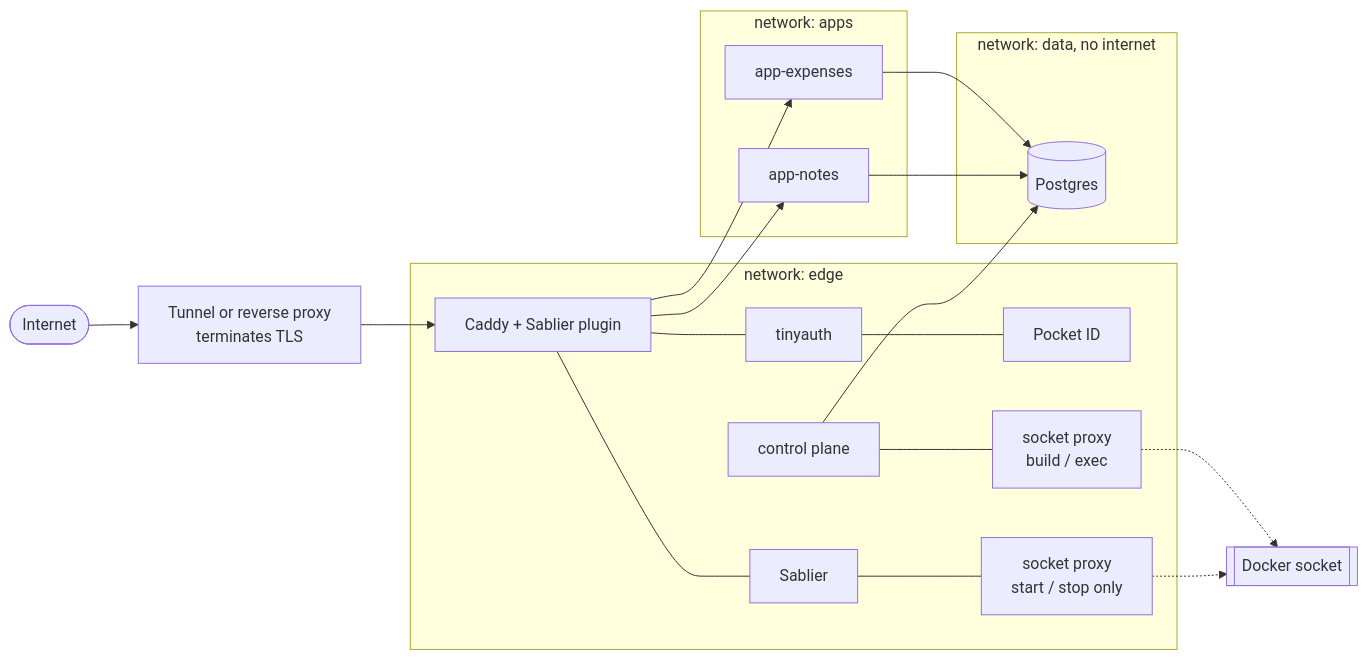
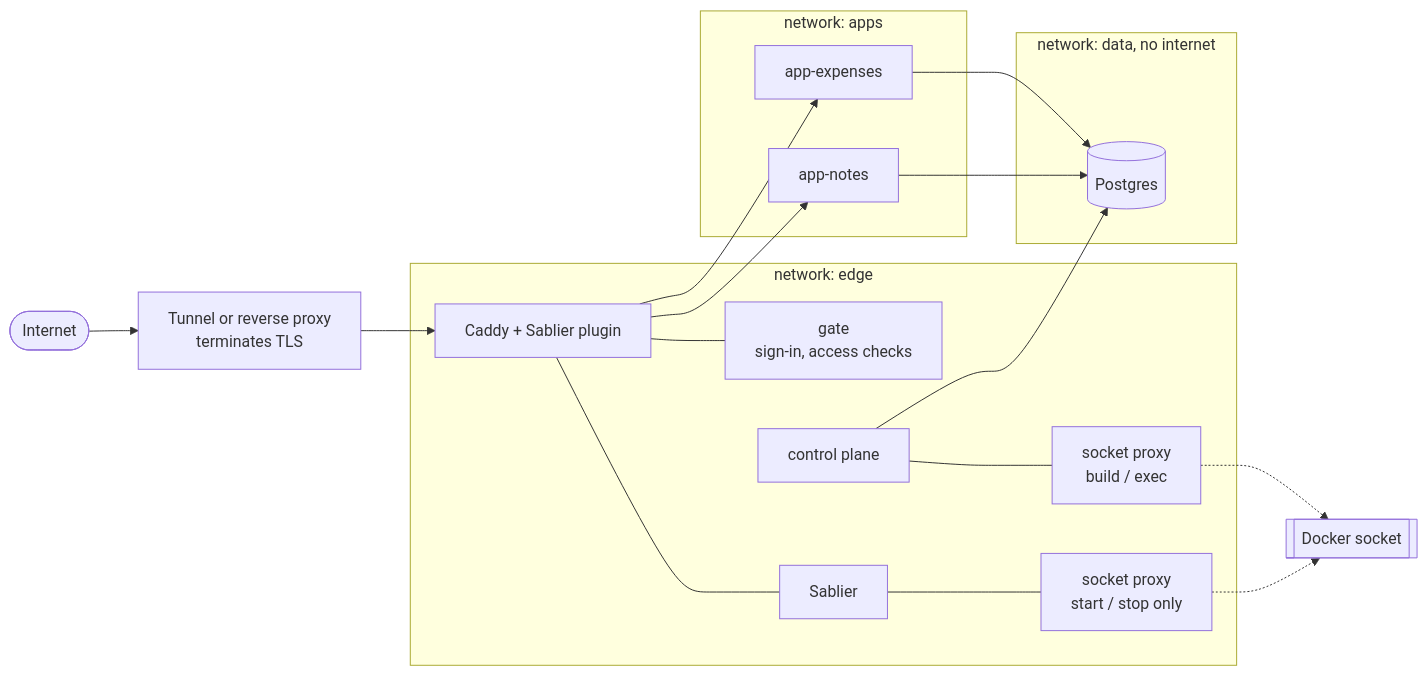
Before and after one commit to theosorus/nanodeploy: the diagram in README.md, drawn with Mermaid. The commit also changed other lines of this file and 39 other files, not shown here.

````diff
--- a/README.md
+++ b/README.md
@@ -106,31 +122,30 @@
 ```mermaid
 flowchart LR
     net([Internet]) --> tun[Tunnel or reverse proxy<br/>terminates TLS]
     tun --> caddy[Caddy + Sablier plugin]
 
     subgraph edge[network: edge]
-        caddy --- auth[tinyauth]
-        auth --- pid[Pocket ID]
+        caddy --- gate[gate<br/>sign-in, access checks]
         caddy --- sab[Sablier]
         cp[control plane]
         sab --- sp2[socket proxy<br/>start / stop only]
         cp --- sp1[socket proxy<br/>build / exec]
     end
 
     subgraph appsnet[network: apps]
         a1[app-expenses]
         a2[app-notes]
     end
 
     subgraph datanet[network: data, no internet]
         pg[(Postgres)]
     end
 
     caddy --> a1
     caddy --> a2
     a1 --> pg
     a2 --> pg
     cp --> pg
     sp1 -.-> dock[[Docker socket]]
     sp2 -.-> dock
 ```
````
